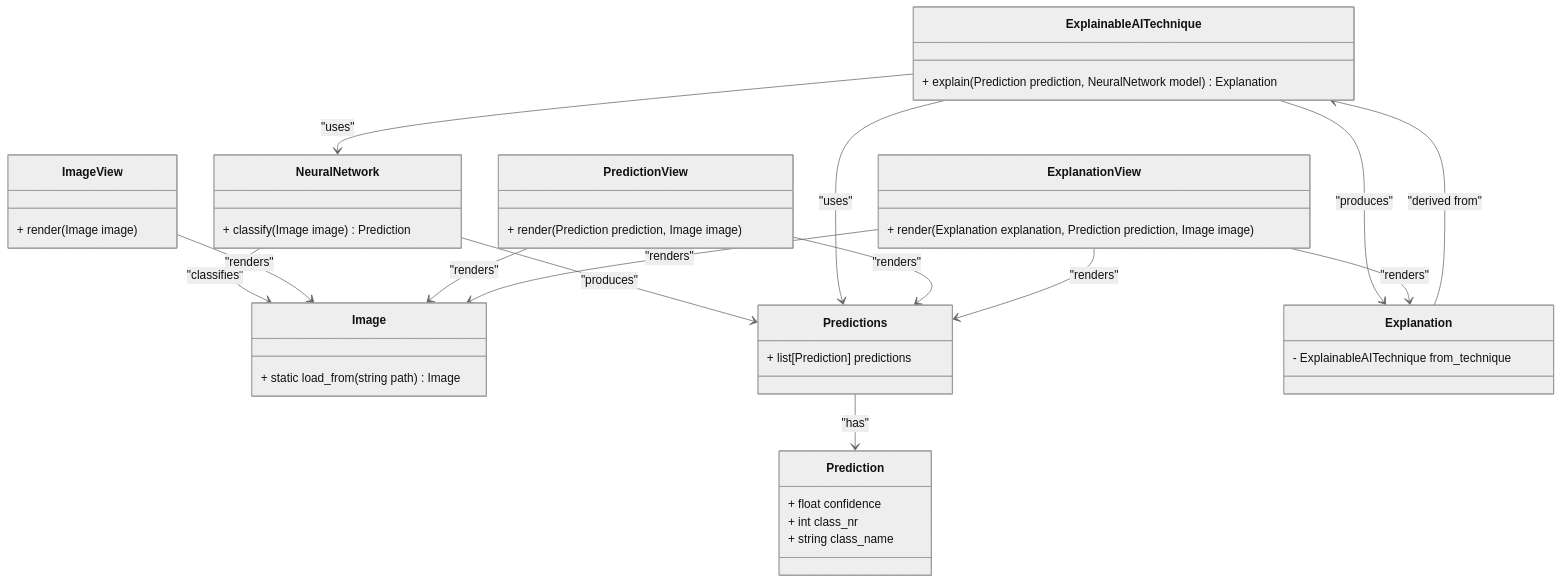
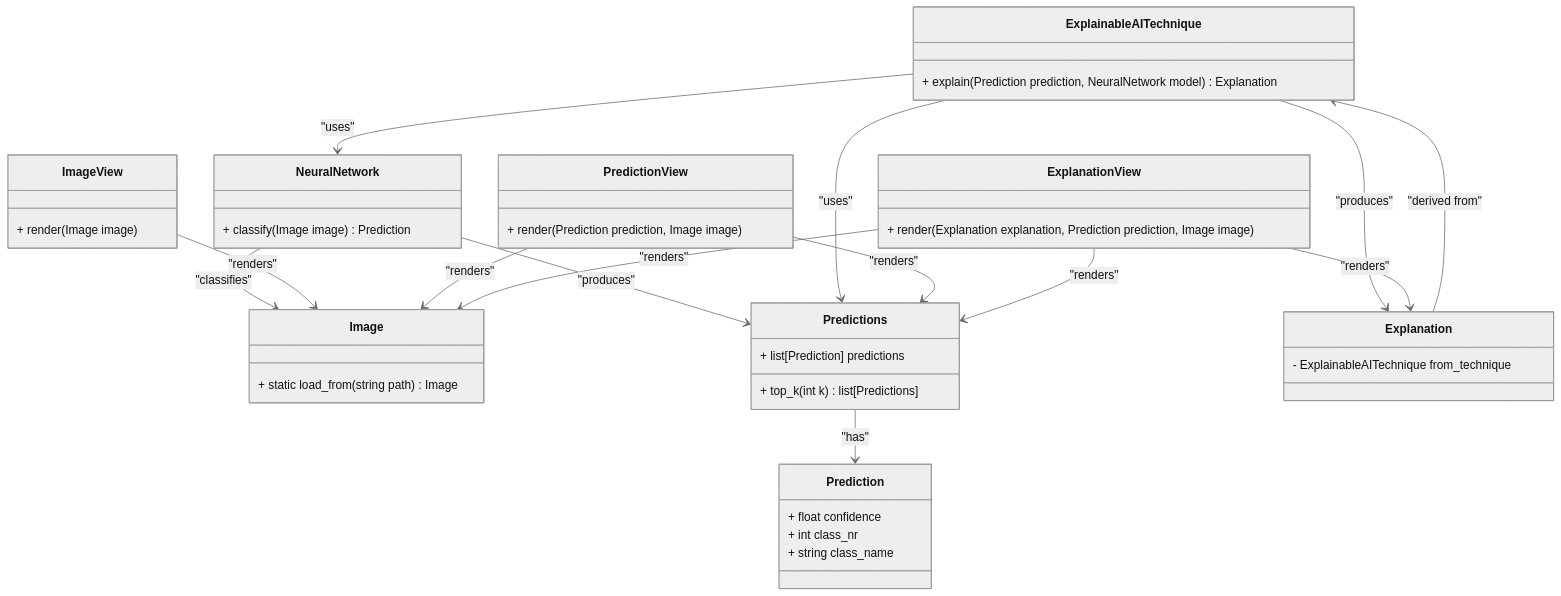
The second of 3 diagrams in documentation/02_static_and_dynamic_models.md (GermainGirndt/visual-explanaible-ai), drawn with Mermaid (neutral theme) before and after one commit. The commit also changed 4 other files, not shown here.

Commit message:
Enhance Predictions class: Implement top_k method for retrieving top predictions and update NeuralNetwork classification to use probabilities list.

````diff
--- a/documentation/02_static_and_dynamic_models.md
+++ b/documentation/02_static_and_dynamic_models.md
@@ -144,72 +144,73 @@
 ```mermaid
 classDiagram
 %% --------------------
 %% Model Layer
 %% --------------------
 class Image {
     + static load_from(string path) Image
 }
 
 class NeuralNetwork {
     + classify(Image image) Prediction
 }
 
 class Predictions {
     + list[Prediction] predictions
+    + top_k(int k) list[Predictions]
 }
 
 class Prediction {
     + float confidence
     + int class_nr
     + string class_name
 }
 
 class ExplainableAITechnique {
     + explain(Prediction prediction, NeuralNetwork model) Explanation
 }
 
 class Explanation {
     - ExplainableAITechnique from_technique
 }
 
 %% --------------------
 %% View Layer (Separate Web Pages)
 %% --------------------
 class ImageView {
     + render(Image image)
 }
 
 class PredictionView {
     + render(Prediction prediction, Image image)
 }
 
 class ExplanationView {
     + render(Explanation explanation, Prediction prediction, Image image)
 }
 
 %% --------------------
 %% Relationships (Models)
 %% --------------------
 NeuralNetwork --> Image : "classifies"
 NeuralNetwork --> Predictions : "produces"
 Predictions --> Prediction : "has"
 
 ExplainableAITechnique --> NeuralNetwork : "uses"
 ExplainableAITechnique --> Predictions : "uses"
 ExplainableAITechnique --> Explanation : "produces"
 
 Explanation --> ExplainableAITechnique : "derived from"
 
 %% --------------------
 %% Relationships (Views)
 %% --------------------
 ImageView --> Image : "renders"
 
 PredictionView --> Predictions : "renders"
 PredictionView --> Image : "renders"
 
 ExplanationView --> Explanation : "renders"
 ExplanationView --> Predictions : "renders"
 ExplanationView --> Image : "renders"
 
 ```
````
